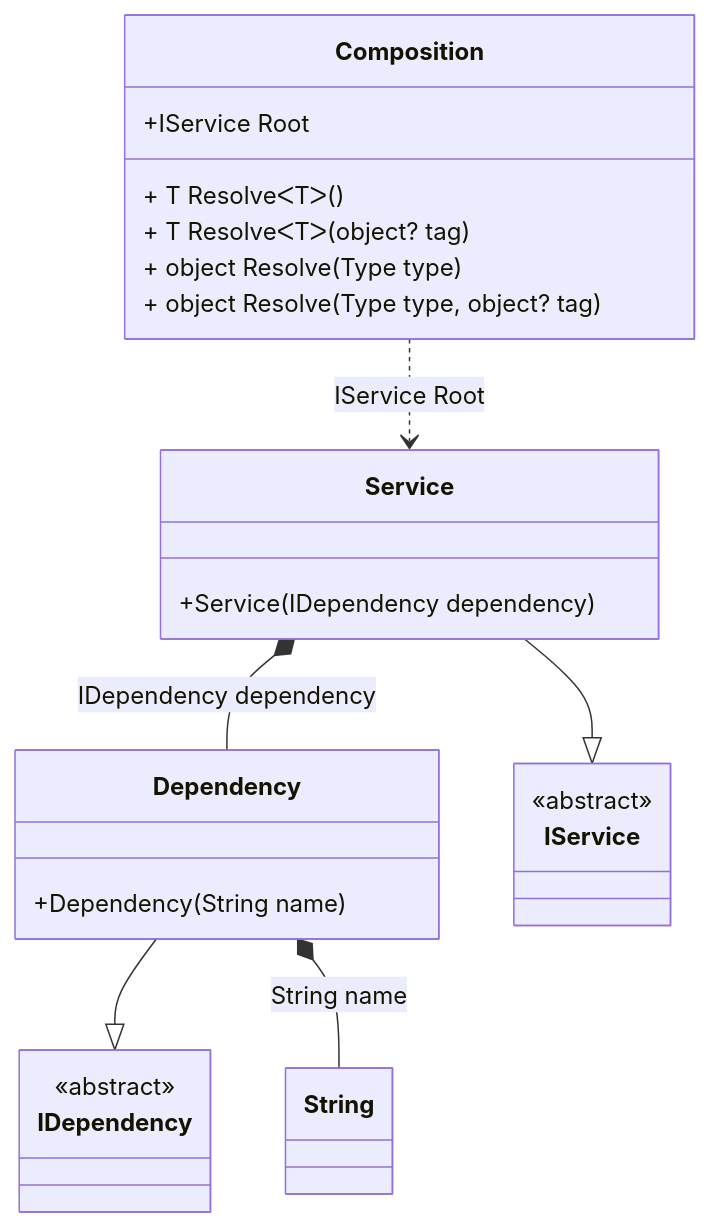
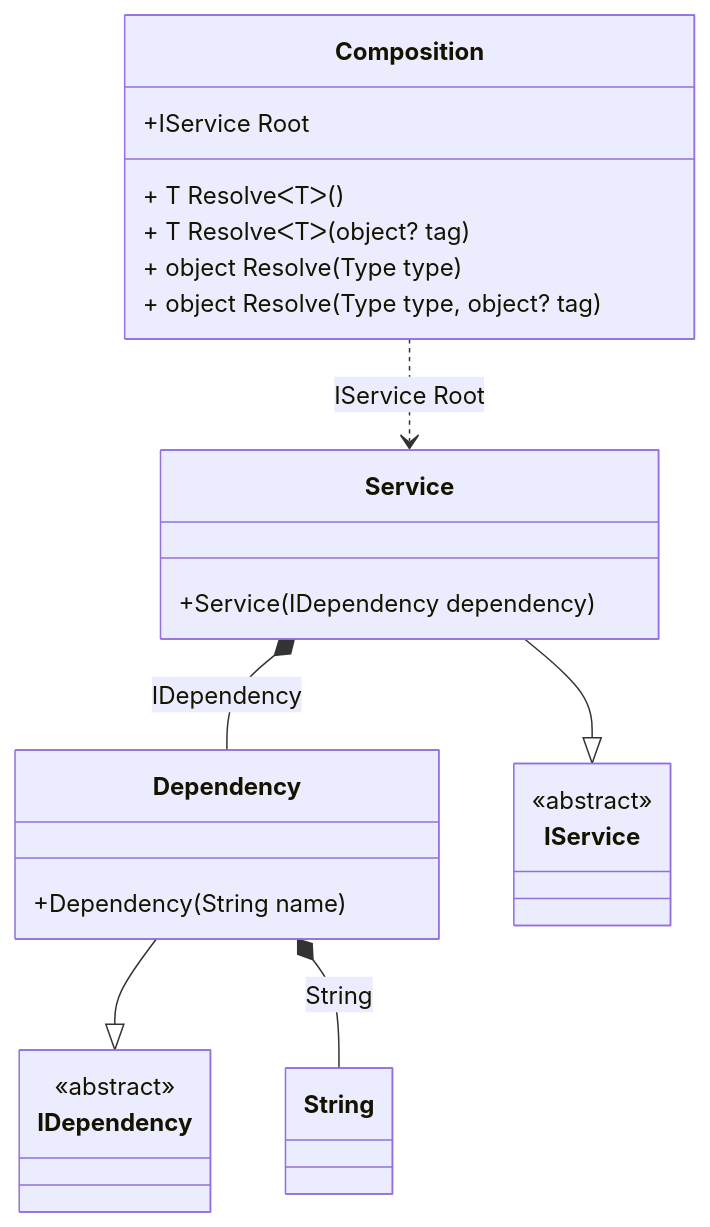
The diagram in readme/oncannotresolve-hint.md (DevTeam/Pure.DI), drawn with Mermaid before and after one commit. The commit also changed other lines of this file and 84 other files, not shown here.

````diff
--- a/readme/oncannotresolve-hint.md
+++ b/readme/oncannotresolve-hint.md
@@ -69,28 +69,28 @@
 ```mermaid
 classDiagram
   class Composition {
     +IService Root
     + T ResolveᐸTᐳ()
     + T ResolveᐸTᐳ(object? tag)
     + object Resolve(Type type)
     + object Resolve(Type type, object? tag)
   }
   class String
   Dependency --|> IDependency : 
   class Dependency {
     +Dependency(String name)
   }
   Service --|> IService : 
   class Service {
     +Service(IDependency dependency)
   }
   class IDependency {
     <<abstract>>
   }
   class IService {
     <<abstract>>
   }
-  Dependency *--  String : String name
-  Service *--  Dependency : IDependency dependency
+  Dependency *--  String : String
+  Service *--  Dependency : IDependency
   Composition ..> Service : IService Root
 ```
````
